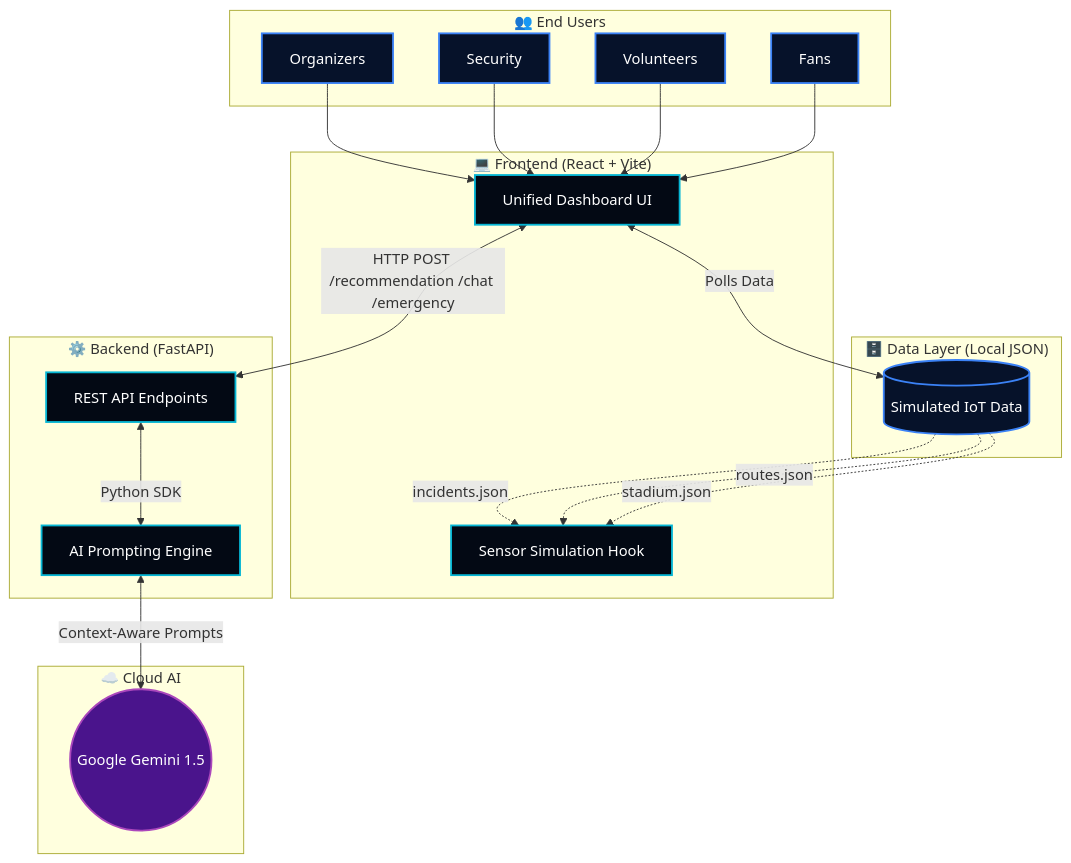
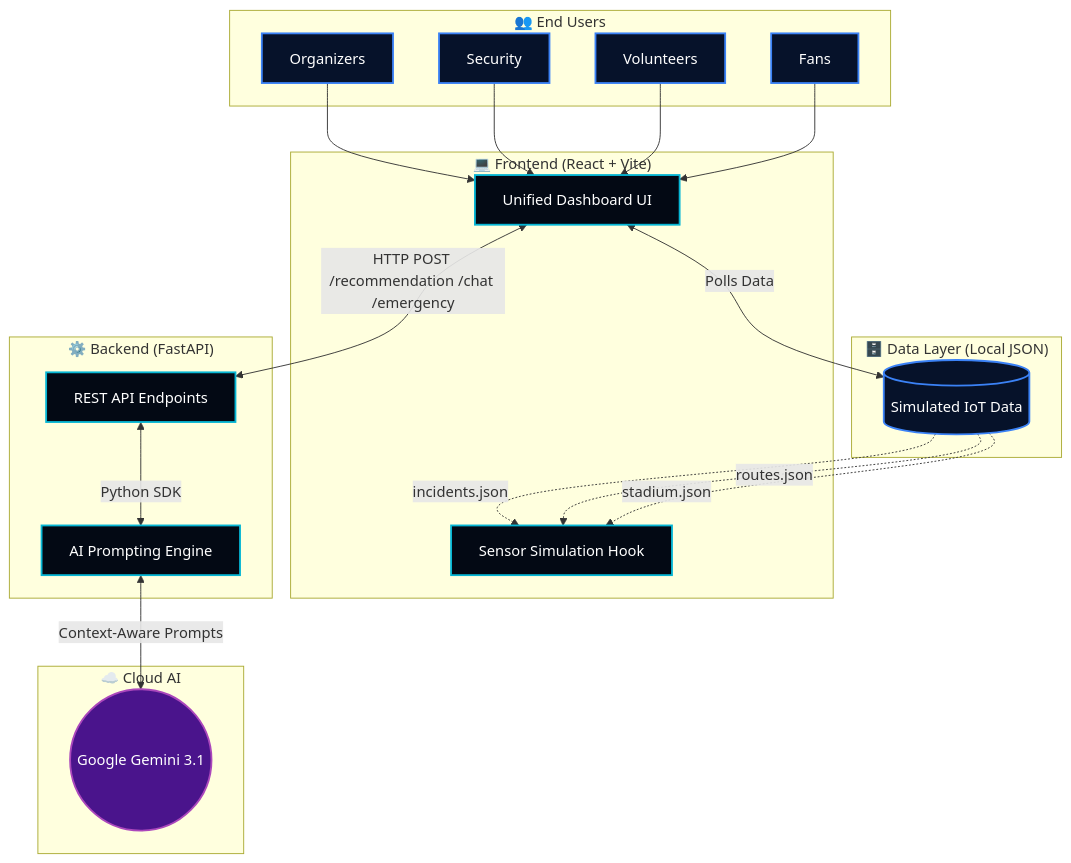
Before and after one commit to satwikgeddada/Stadium-Mind-AI: the diagram in README.md, drawn with Mermaid.

````diff
--- a/README.md
+++ b/README.md
@@ -114,45 +114,45 @@
 ```mermaid
 graph TD
     subgraph "👥 End Users"
         F[Fans]
         V[Volunteers]
         S[Security]
         O[Organizers]
     end
 
     subgraph "💻 Frontend (React + Vite)"
         UI[Unified Dashboard UI]
         State[Sensor Simulation Hook]
     end
 
     subgraph "⚙️ Backend (FastAPI)"
         API[REST API Endpoints]
         GeminiService[AI Prompting Engine]
     end
 
     subgraph "🗄️ Data Layer (Local JSON)"
         JSON[(Simulated IoT Data)]
         JSON -.-> |stadium.json| State
         JSON -.-> |routes.json| State
         JSON -.-> |incidents.json| State
     end
 
     subgraph "☁️ Cloud AI"
-        GeminiCloud((Google Gemini 1.5))
+        GeminiCloud((Google Gemini 3.1))
     end
 
     F & V & S & O --> UI
     UI <--> |HTTP POST /recommendation /chat /emergency| API
     UI <-- Polls Data --> JSON
     API <--> |Python SDK| GeminiService
     GeminiService <--> |Context-Aware Prompts| GeminiCloud
     
     classDef primary fill:#030914,stroke:#06b6d4,stroke-width:2px,color:#fff;
     classDef secondary fill:#06122a,stroke:#3b82f6,stroke-width:2px,color:#fff;
     classDef ai fill:#4a148c,stroke:#ab47bc,stroke-width:2px,color:#fff;
     
     class F,V,S,O secondary;
     class UI,State,API,GeminiService primary;
     class JSON secondary;
     class GeminiCloud ai;
 ```
````
